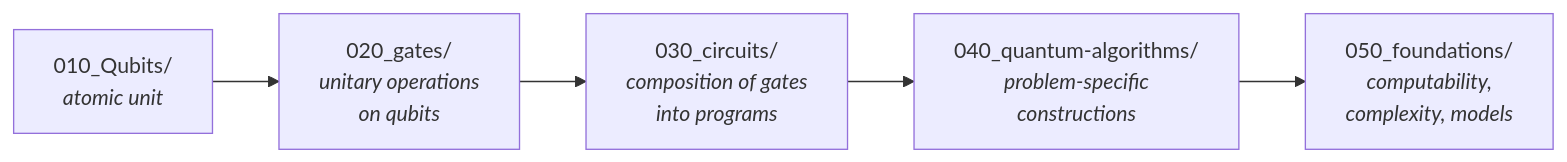
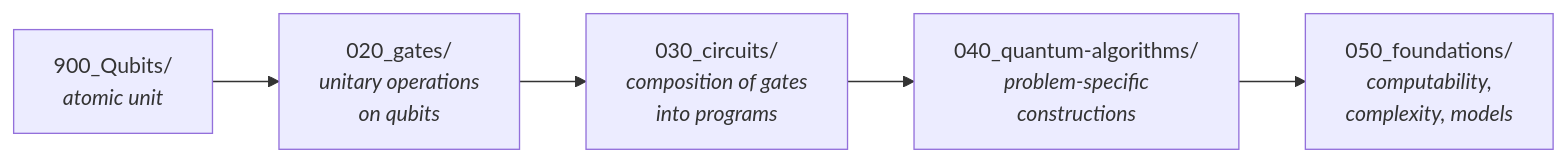
One commit to AmedeoPelliccia/Qplus-For-All-Queer-People-and-Quantum changed the diagram in Q+ATLANTIDE/900-999_QCSAA/900-909_Fundamentos-de-Computacion-Cuantica/00_INDEX.md. Above: the diagram before and after it, drawn with Mermaid. The commit also changed other lines of this file and 19 other files, not shown here.

````diff
--- a/Q+ATLANTIDE/900-999_QCSAA/900-909_Fundamentos-de-Computacion-Cuantica/00_INDEX.md
+++ b/Q+ATLANTIDE/900-999_QCSAA/900-909_Fundamentos-de-Computacion-Cuantica/00_INDEX.md
@@ -35,7 +35,7 @@
 ```mermaid
 flowchart LR
-    A["010_Qubits/<br/><i>atomic unit</i>"] --> B["020_gates/<br/><i>unitary operations<br/>on qubits</i>"]
+    A["900_Qubits/<br/><i>atomic unit</i>"] --> B["020_gates/<br/><i>unitary operations<br/>on qubits</i>"]
     B --> C["030_circuits/<br/><i>composition of gates<br/>into programs</i>"]
     C --> D["040_quantum-algorithms/<br/><i>problem-specific<br/>constructions</i>"]
     D --> E["050_foundations/<br/><i>computability,<br/>complexity, models</i>"]
 ```
````
